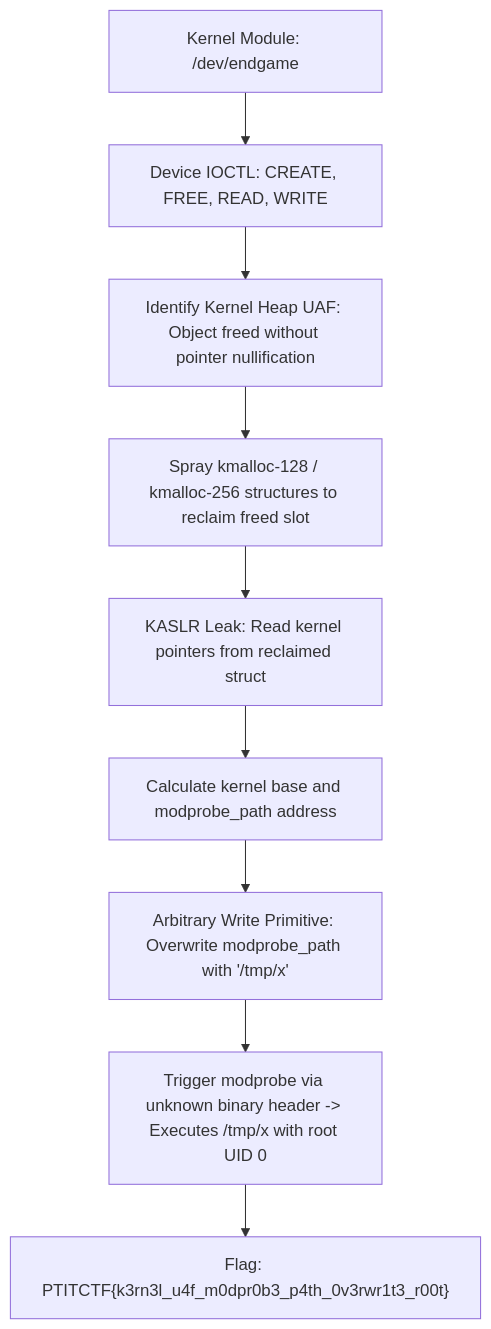
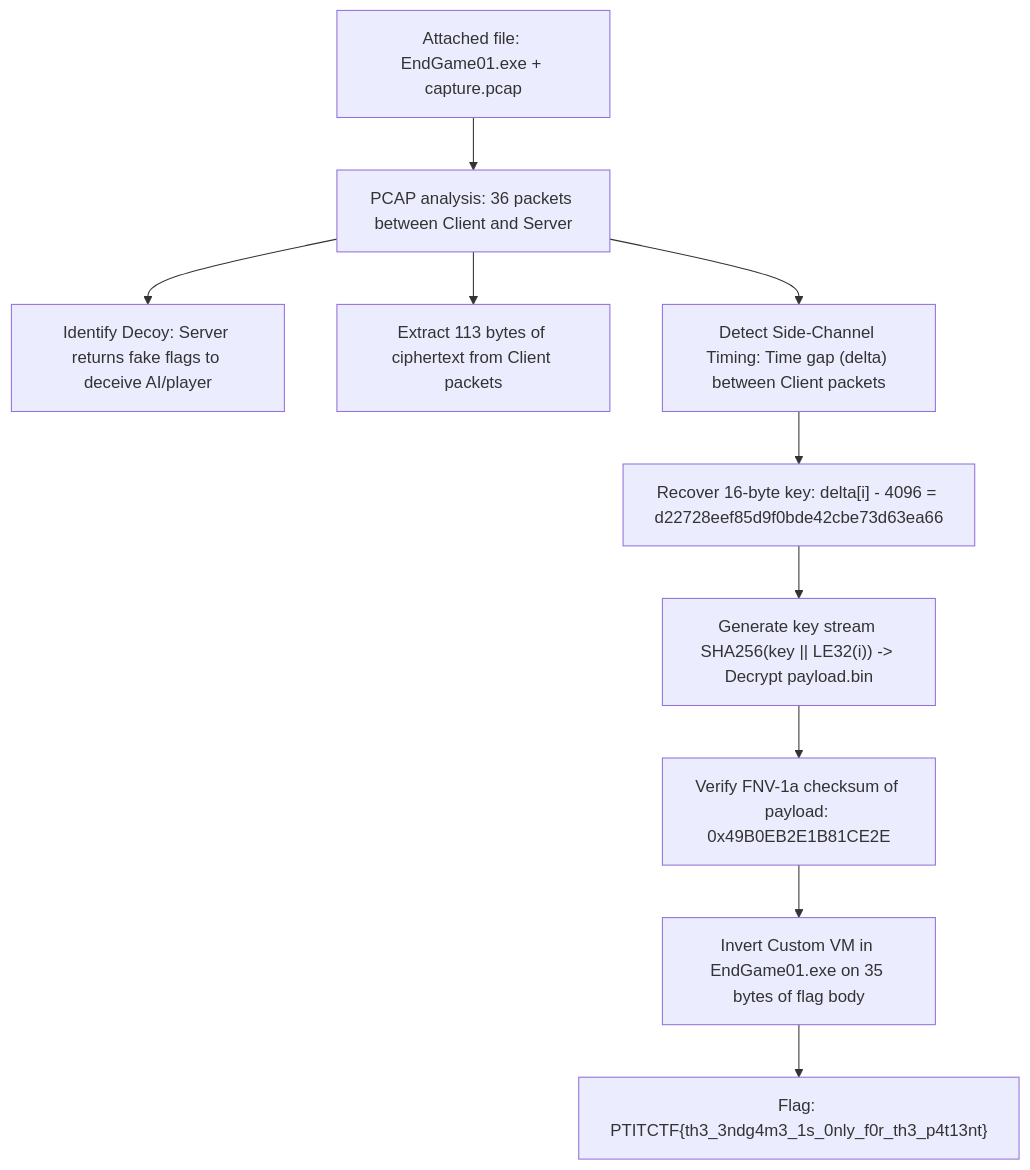
One commit to Lizamort1/ctf-writeups changed the second of 2 diagrams in _posts/2026-09-13-endgame01.md. Above: the diagram before and after it, drawn with Mermaid. The commit also changed other lines of this file and 42 other files, not shown here.

Commit message:
fix: synchronize bilingual writeups and redraw diagrams

````diff
--- a/_posts/2026-09-13-endgame01.md
+++ b/_posts/2026-09-13-endgame01.md
@@ -105,11 +106,12 @@
 ```mermaid
 flowchart TD
-    A["Kernel Module: /dev/endgame"] --> B["Device IOCTL: CREATE, FREE, READ, WRITE"]
-    B --> C["Identify Kernel Heap UAF: Object freed without pointer nullification"]
-    C --> D["Spray kmalloc-128 / kmalloc-256 structures to reclaim freed slot"]
-    D --> E["KASLR Leak: Read kernel pointers from reclaimed struct"]
-    E --> F["Calculate kernel base and modprobe_path address"]
-    F --> G["Arbitrary Write Primitive: Overwrite modprobe_path with '/tmp/x'"]
-    G --> H["Trigger modprobe via unknown binary header -> Executes /tmp/x with root UID 0"]
-    H --> I["Flag: PTITCTF{k3rn3l_u4f_m0dpr0b3_p4th_0v3rwr1t3_r00t}"]
+    A["Attached file: EndGame01.exe + capture.pcap"] --> B["PCAP analysis: 36 packets between Client and Server"]
+    B --> C["Identify Decoy: Server returns fake flags to deceive AI/player"]
+    B --> D["Extract 113 bytes of ciphertext from Client packets"]
+    B --> E["Detect Side-Channel Timing: Time gap (delta) between Client packets"]
+    E --> F["Recover 16-byte key: delta[i] - 4096 = d22728eef85d9f0bde42cbe73d63ea66"]
+    F --> G["Generate key stream SHA256(key || LE32(i)) -> Decrypt payload.bin"]
+    G --> H["Verify FNV-1a checksum of payload: 0x49B0EB2E1B81CE2E"]
+    H --> I["Invert Custom VM in EndGame01.exe on 35 bytes of flag body"]
+    I --> J["Flag: PTITCTF{th3_3ndg4m3_1s_0nly_f0r_th3_p4t13nt}"]
 ```
````
